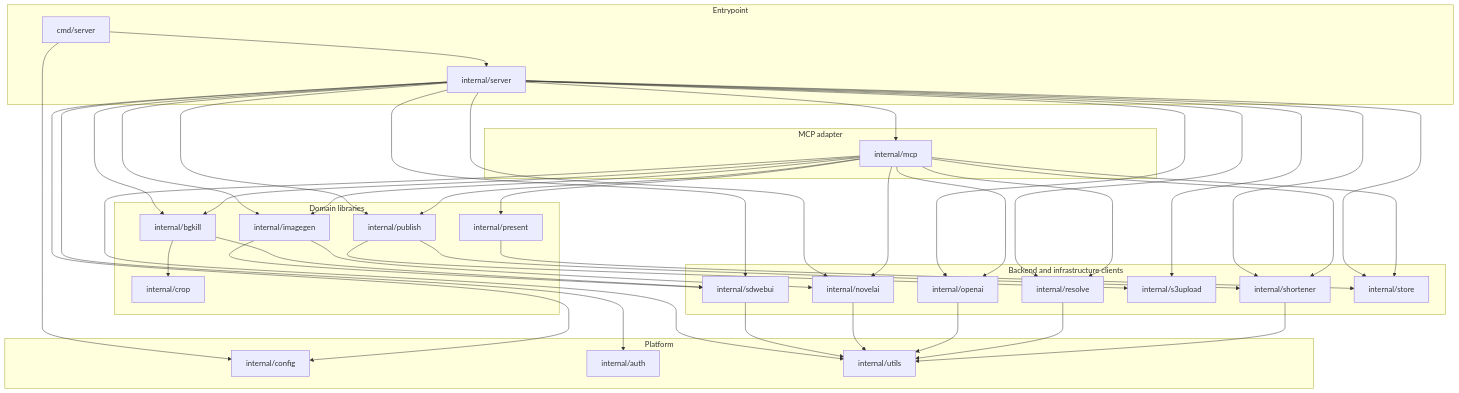
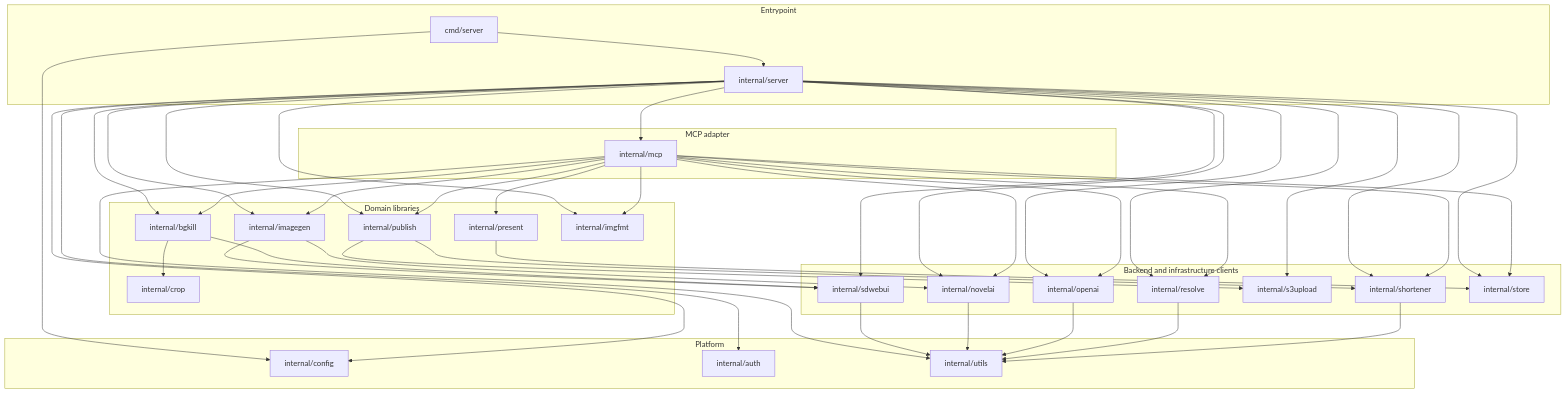
The diagram in AGENTS.md (wishmatic/neo-mcp), drawn with Mermaid before and after one commit. The commit also changed 31 other files, not shown here.

````diff
--- a/AGENTS.md
+++ b/AGENTS.md
@@ -55,77 +55,80 @@
 ```mermaid
 flowchart TD
     subgraph entry[Entrypoint]
         cmd["cmd/server"]
         server["internal/server"]
     end
 
     subgraph mcpLayer[MCP adapter]
         mcp["internal/mcp"]
     end
 
     subgraph domainLibraries[Domain libraries]
         imagegen["internal/imagegen"]
         bgkill["internal/bgkill"]
         present["internal/present"]
         publish["internal/publish"]
         crop["internal/crop"]
+        imgfmt["internal/imgfmt"]
     end
 
     subgraph clientLibraries[Backend and infrastructure clients]
         sdwebui["internal/sdwebui"]
         novelai["internal/novelai"]
         openai["internal/openai"]
         resolve["internal/resolve"]
         s3upload["internal/s3upload"]
         shortener["internal/shortener"]
         store["internal/store"]
     end
 
     subgraph platform[Platform]
         config["internal/config"]
         auth["internal/auth"]
         utils["internal/utils"]
     end
 
     cmd --> server
     cmd --> config
 
     server --> mcp
     server --> imagegen
     server --> bgkill
     server --> publish
     server --> auth
     server --> config
     server --> sdwebui
     server --> novelai
     server --> openai
     server --> resolve
     server --> s3upload
     server --> shortener
     server --> store
+    server --> imgfmt
 
     mcp --> imagegen
     mcp --> bgkill
     mcp --> present
     mcp --> publish
+    mcp --> imgfmt
     mcp --> novelai
     mcp --> openai
     mcp --> resolve
     mcp --> shortener
     mcp --> store
     mcp --> utils
 
     imagegen --> sdwebui
     imagegen --> novelai
     bgkill --> sdwebui
     bgkill --> crop
     publish --> s3upload
     publish --> shortener
     present --> store
 
     sdwebui --> utils
     novelai --> utils
     openai --> utils
     resolve --> utils
     shortener --> utils
 ```
````
